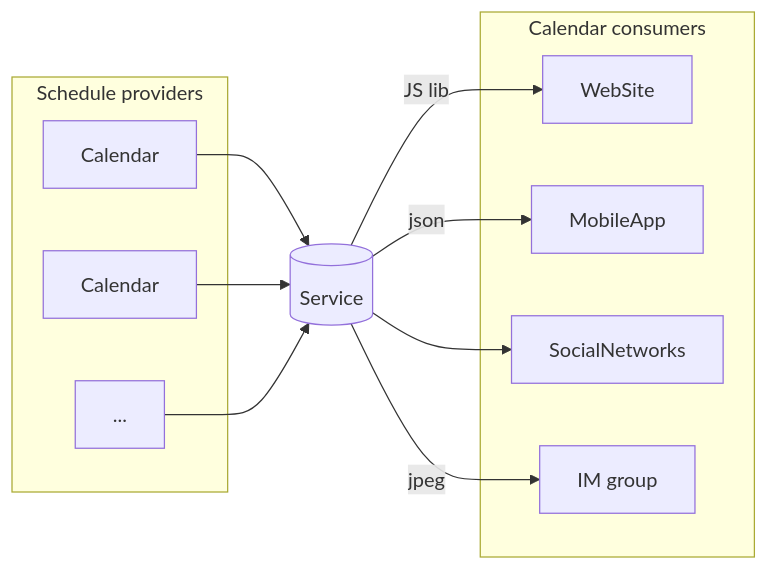
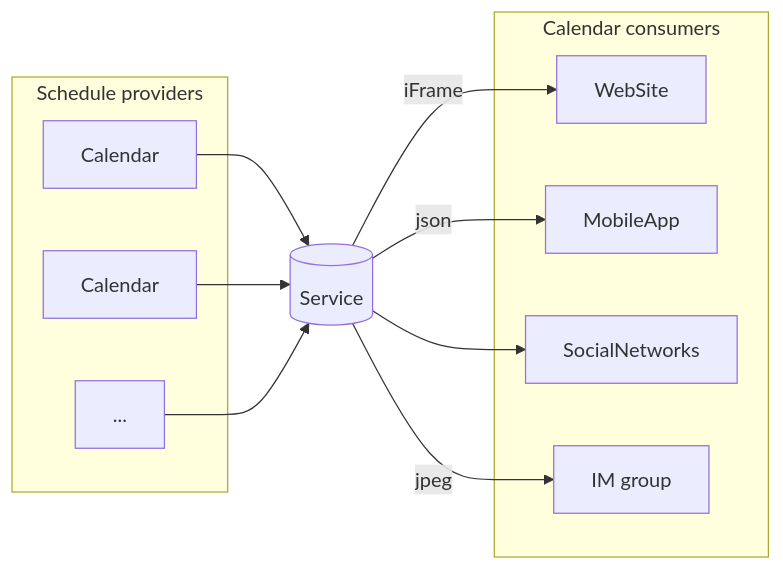
Before and after one commit to GHopperMSK/schedule-manager: the second of 3 diagrams in README.md, drawn with Mermaid. The commit also changed other lines of this file, not shown here.

````diff
--- a/README.md
+++ b/README.md
@@ -79,14 +82,14 @@
 ```mermaid
 flowchart LR
     subgraph "Schedule providers"
         BS1[Calendar] & BS2[Calendar] & BSX[...]
     end
     BS1[Calendar] & BS2[Calendar] & BSX[...] --> SR[(Service)]
     subgraph "Calendar consumers"
         CL1[WebSite] & CL2[MobileApp] & CL3[SocialNetworks] &  CLX[IM group]
     end
-        SR --> |JS lib| CL1[WebSite]
+        SR --> |iFrame| CL1[WebSite]
         SR --> |json| CL2[MobileApp]
         SR --> CL3[SocialNetworks]
         SR -->|jpeg| CLX[IM group]
 ```
````
